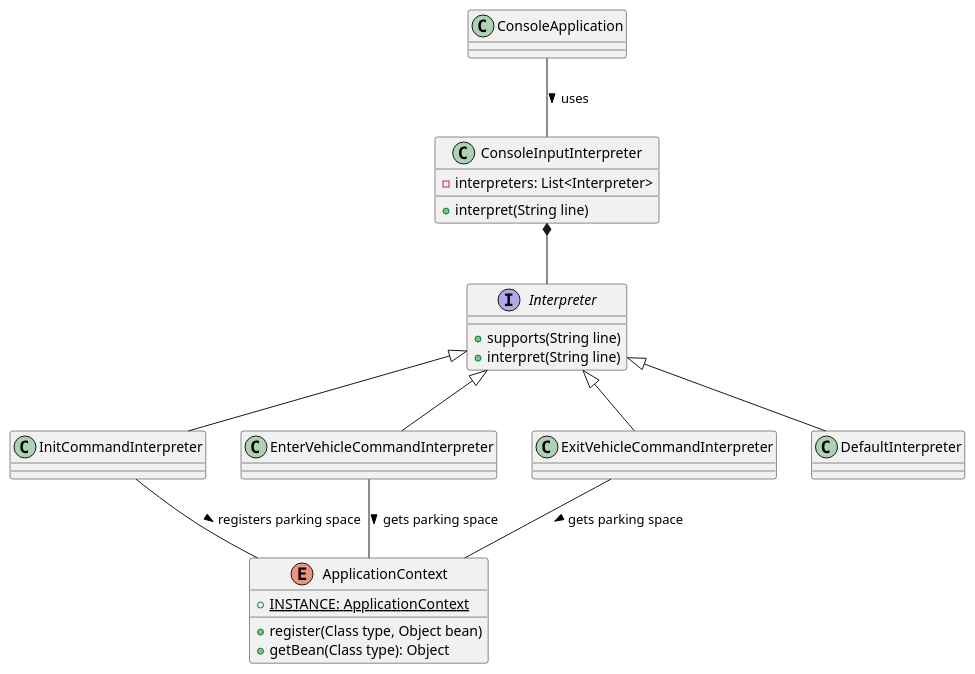
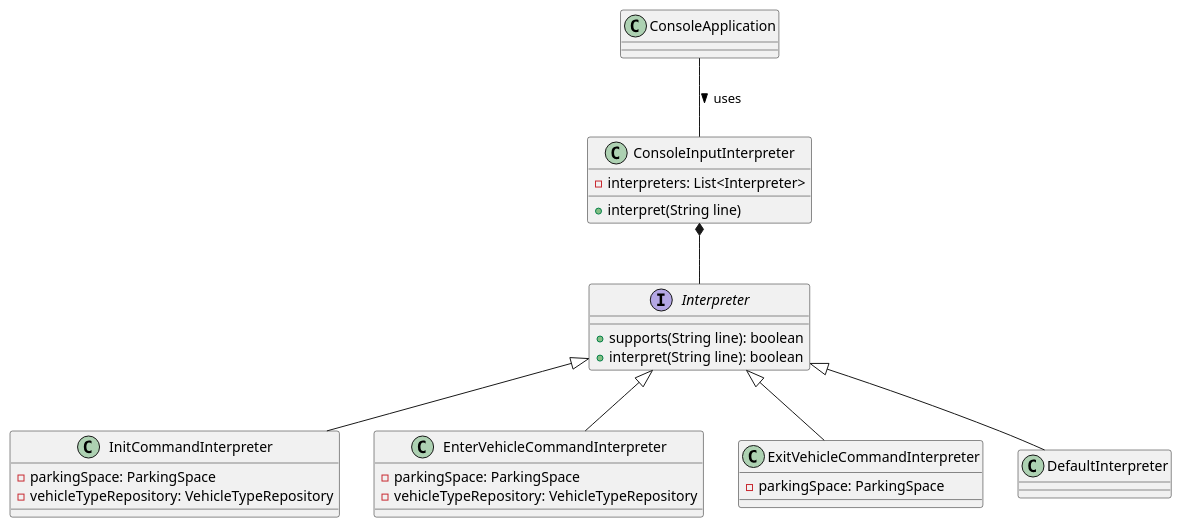
Before and after one commit to mettyoung/automated-valet-car-parking-system: the diagram in docs/c4-presentation.puml, drawn with PlantUML. The commit also changed 16 other files, not shown here.

```diff
--- a/docs/c4-presentation.puml
+++ b/docs/c4-presentation.puml
@@ -1,37 +1,38 @@
 @startuml
 
 class ConsoleApplication
 
 interface Interpreter {
-    + supports(String line)
-    + interpret(String line)
+    + supports(String line): boolean
+    + interpret(String line): boolean
 }
 
 class ConsoleInputInterpreter {
     - interpreters: List<Interpreter>
     + interpret(String line)
 }
 
-enum ApplicationContext {
-    + {static} INSTANCE: ApplicationContext
-    + register(Class type, Object bean)
-    + getBean(Class type): Object
+class InitCommandInterpreter {
+    - parkingSpace: ParkingSpace
+    - vehicleTypeRepository: VehicleTypeRepository
+}
+class EnterVehicleCommandInterpreter {
+    - parkingSpace: ParkingSpace
+    - vehicleTypeRepository: VehicleTypeRepository
 }
 
-class InitCommandInterpreter
-class EnterVehicleCommandInterpreter
-class ExitVehicleCommandInterpreter
+class ExitVehicleCommandInterpreter {
+    - parkingSpace: ParkingSpace
+}
+
 class DefaultInterpreter
 
 Interpreter <|-- InitCommandInterpreter
 Interpreter <|-- EnterVehicleCommandInterpreter
 Interpreter <|-- ExitVehicleCommandInterpreter
 Interpreter <|-- DefaultInterpreter
 ConsoleInputInterpreter *-- Interpreter
-InitCommandInterpreter -- ApplicationContext: registers parking space >
-EnterVehicleCommandInterpreter -- ApplicationContext: gets parking space >
-ExitVehicleCommandInterpreter -- ApplicationContext: gets parking space >
 
 ConsoleApplication -- ConsoleInputInterpreter: uses >
 
 @enduml
```
